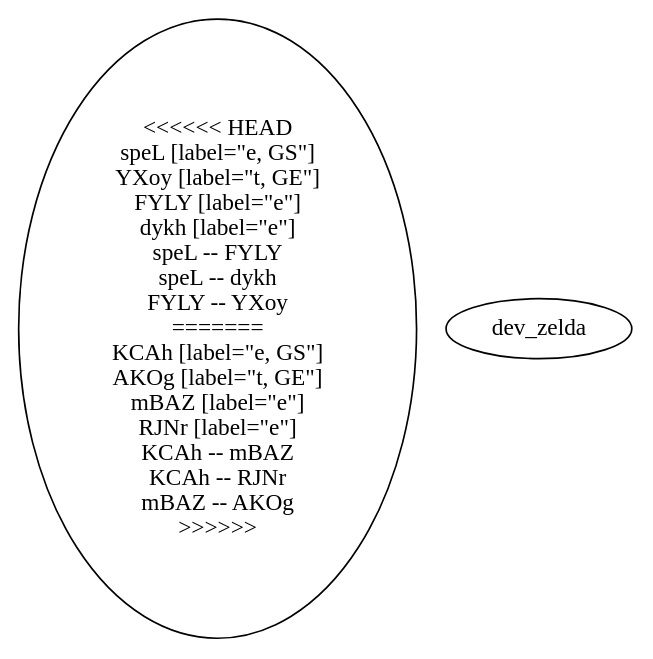
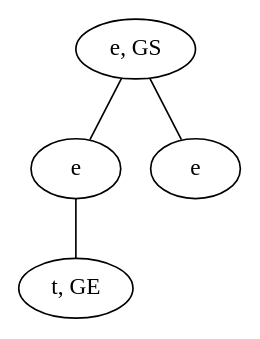
One commit to schrum2/MM-NEAT changed the diagram in data/VGLC/Zelda/rules/1/12_E-t.dot. Above: the diagram before and after it, drawn with Graphviz. The commit also changed 24 other files, not shown here.

```diff
--- a/data/VGLC/Zelda/rules/1/12_E-t.dot
+++ b/data/VGLC/Zelda/rules/1/12_E-t.dot
@@ -1,19 +1,9 @@
 graph {
-<<<<<<< HEAD
-speL [label="e, GS"]
-YXoy [label="t, GE"]
-FYLY [label="e"]
-dykh [label="e"]
-speL -- FYLY
-speL -- dykh
-FYLY -- YXoy
-=======
-KCAh [label="e, GS"]
-AKOg [label="t, GE"]
-mBAZ [label="e"]
-RJNr [label="e"]
-KCAh -- mBAZ
-KCAh -- RJNr
-mBAZ -- AKOg
->>>>>>> dev_zelda
+TAHu [label="e, GS"]
+UDiW [label="t, GE"]
+hAWV [label="e"]
+tqAh [label="e"]
+TAHu -- hAWV
+TAHu -- tqAh
+hAWV -- UDiW
 }
```
